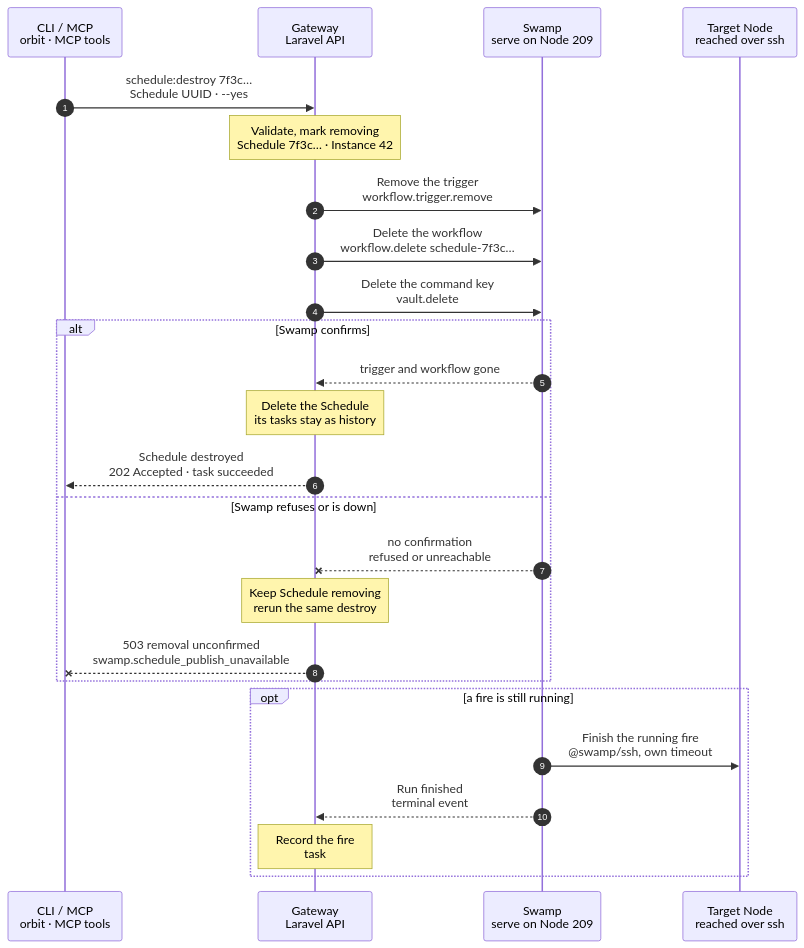
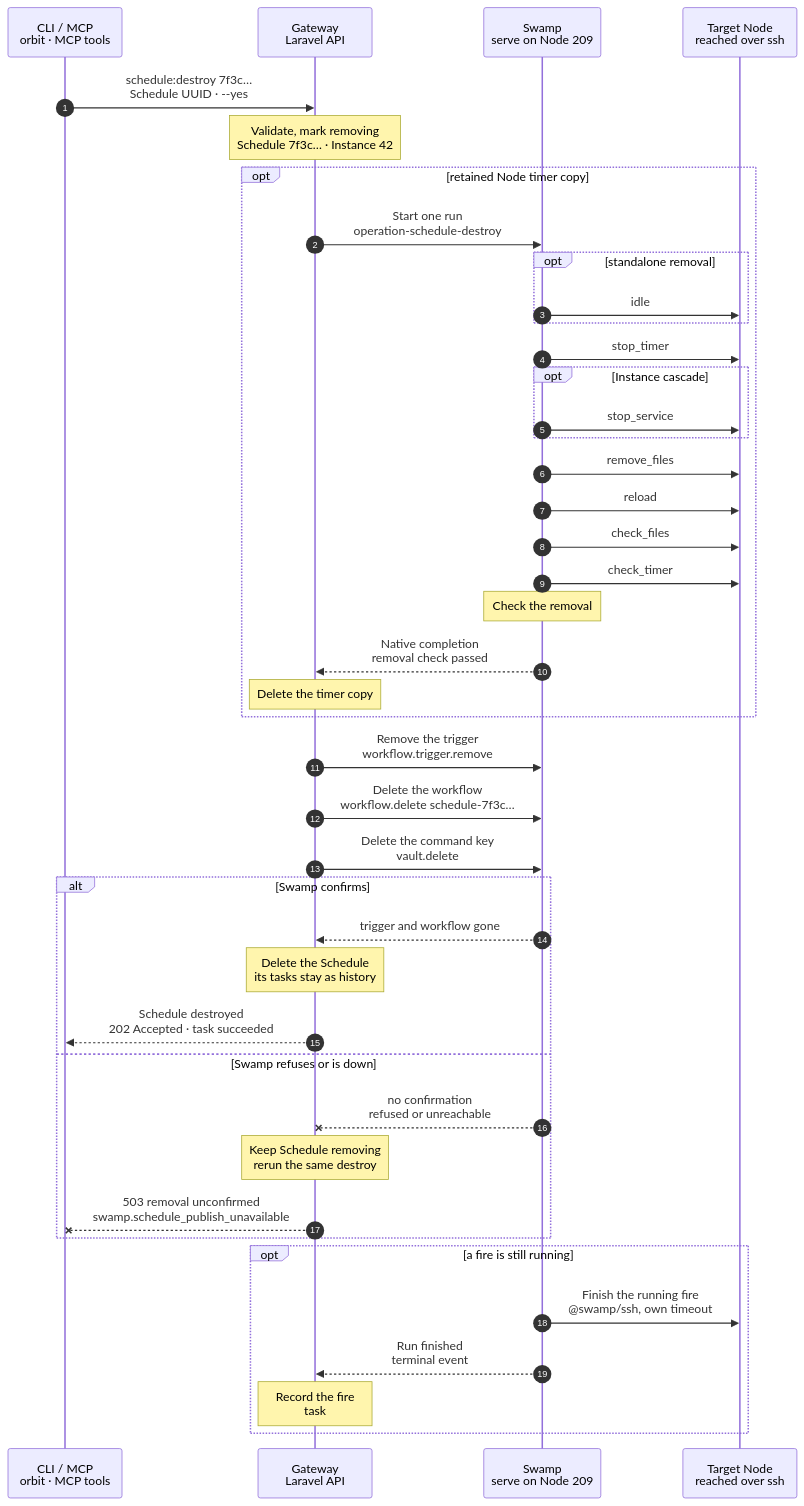
Before and after one commit to hardimpactdev/orbit: the diagram in docs/cli/schedule/destroy.mmd, drawn with Mermaid. The commit also changed 8 other files, not shown here.

First line of the commit message:
refactor(schedules): check timer removal through native resources

```diff
--- a/docs/cli/schedule/destroy.mmd
+++ b/docs/cli/schedule/destroy.mmd
@@ -1,86 +1,121 @@
 sequenceDiagram
   %% Target design: ADR 0244 native Swamp schedules, one Swamp workflow per Schedule (Nick 2026-11-02), nothing installed on Nodes; R1-R3.
   %% status: migrated
   %% command: schedule:destroy
   %% kind: schedule.destroy
   autonumber
   %% lane CLI icon=terminal pill=caller tone=gray
   %% lane GW icon=gateway pill=intent tone=blue
   %% lane SW icon=workflow pill=executes tone=green
   %% lane N icon=server pill=target tone=amber
   participant CLI as CLI / MCP<br/>orbit · MCP tools
   participant GW as Gateway<br/>Laravel API
   participant SW as Swamp<br/>serve on Node 209
   participant N as Target Node<br/>reached over ssh
   CLI->>GW: schedule:destroy 7f3c…<br/>Schedule UUID · --yes
   %%> Command:
   %%> - `orbit schedule:destroy 7f3c9a2e-41d0-4b8a-9c11-2f6e0d5b7a10 --yes`
   %%> - syntax: `<schedule> [--project=ID] [--yes] [--idempotency-key=KEY] [--json]`
   %%> Input:
   %%> - the UUID of the Schedule, or a definition name with `--project`
   %%> Confirmation:
   %%> - without `--yes`, the CLI asks first; the default is No
   %%> - without a terminal, or with `--json`, `--yes` is required
   %%> With `--project`:
   %%> - only the Project Schedule definition is deleted (R1); Instance copies stay
   Note over GW: Validate, mark removing<br/>Schedule 7f3c… · Instance 42
   %%> Requirements:
   %%> - your Node has an access grant to Node 12, which runs Instance 42
   %%> - Schedule 7f3c… exists; a failed or disabled Schedule can be destroyed too
   %%> Result:
   %%> - Schedule 7f3c… is marked removing; its trigger and workflow are removed next
   %%> - there is no Node work, so no run starts (R1)
   %%> Not refused:
   %%> - a running fire no longer blocks destroy; `schedule.run_active` is gone
+  opt retained Node timer copy
+    GW->>SW: Start one run<br/>operation-schedule-destroy
+    opt standalone removal
+      SW->>N: idle
+      %%> What it does:
+      %%> - one bounded SSH argv checks the service state; an active service refuses removal before mutation
+    end
+    SW->>N: stop_timer
+    %%> What it does:
+    %%> - official systemd stops and disables the timer
+    opt Instance cascade
+      SW->>N: stop_service
+      %%> What it does:
+      %%> - official systemd stops the running service; standalone removal skips this step
+    end
+    SW->>N: remove_files
+    %%> What it does:
+    %%> - official file resources remove four managed paths in parallel
+    SW->>N: reload
+    %%> What it does:
+    %%> - one bounded SSH argv reloads systemd after file removal
+    SW->>N: check_files
+    %%> What it does:
+    %%> - official file checks confirm all four paths are absent, in parallel with the timer check
+    SW->>N: check_timer
+    %%> What it does:
+    %%> - official systemd checks the timer is stopped and disabled
+    Note over SW: Check the removal
+    %%> What it does:
+    %%> - native assert requires absent files and a compliant, unloaded timer
+    SW-->>GW: Native completion<br/>removal check passed
+    Note over GW: Delete the timer copy
+    %%> Result:
+    %%> - delete only after success; failure keeps the copy recorded as removing
+  end
   GW->>SW: Remove the trigger<br/>workflow.trigger.remove
   %%> What it does:
   %%> - removes the cron trigger of `schedule-7f3c…` from serve (Node 209); serve starts no new fire
   %%> - removing a trigger that is gone is safe, so a disabled Schedule takes the same path
   GW->>SW: Delete the workflow<br/>workflow.delete schedule-7f3c…
   %%> What it does:
   %%> - deletes the Schedule's own workflow from serve
   %%> - a fire that already started keeps running from its own copy
   GW->>SW: Delete the command key<br/>vault.delete
   %%> What it does:
   %%> - deletes the Schedule command key after its trigger and workflow
   alt Swamp confirms
     SW-->>GW: trigger and workflow gone
     %%> Returns:
     %%> - serve starts no new fire for Schedule 7f3c…
     Note over GW: Delete the Schedule<br/>its tasks stay as history
     %%> Result:
     %%> - Schedule 7f3c…'s record is deleted
     %%> - its tasks stay, so past fires remain visible
     %%> - task #5141 is recorded as succeeded at once (R1)
     %%> Vault key:
     %%> - the command's vault key is deleted; a fire that already started read it when it began
     GW-->>CLI: Schedule destroyed<br/>202 Accepted · task succeeded
     %%> What you get:
     %%> - the result at once; there is nothing to follow
   else Swamp refuses or is down
     SW--xGW: no confirmation<br/>refused or unreachable
     %%> When:
     %%> - serve on 209 does not answer
     Note over GW: Keep Schedule removing<br/>rerun the same destroy
     %%> Result:
     %%> - Schedule 7f3c… stays recorded, marked removing
     %%> - the trigger or the workflow may still be set; a fire it starts still runs and is recorded as a task
     %%> Retry:
     %%> - run the same command again; removing a trigger or workflow that is gone is safe
     GW--xCLI: 503 removal unconfirmed<br/>swamp.schedule_publish_unavailable
     %%> Returns:
     %%> - the error code; the Schedule stays removing
   end
   opt a fire is still running
     SW->>N: Finish the running fire<br/>@swamp/ssh, own timeout
     %%> What it does:
     %%> - the fire that already started runs to its end, within the Schedule's timeout
     %%> Why:
     %%> - stopping a command halfway can leave the application in a worse state
     SW-->>GW: Run finished<br/>terminal event
     %%> How the Gateway learns it:
     %%> - its shared run reader sees the terminal event; Swamp never calls the Gateway
     Note over GW: Record the fire<br/>task #5139 · trigger: schedule
     %%> Result:
     %%> - the fire's task, recorded when it started, gets its result, although the Schedule is gone
   end
```
